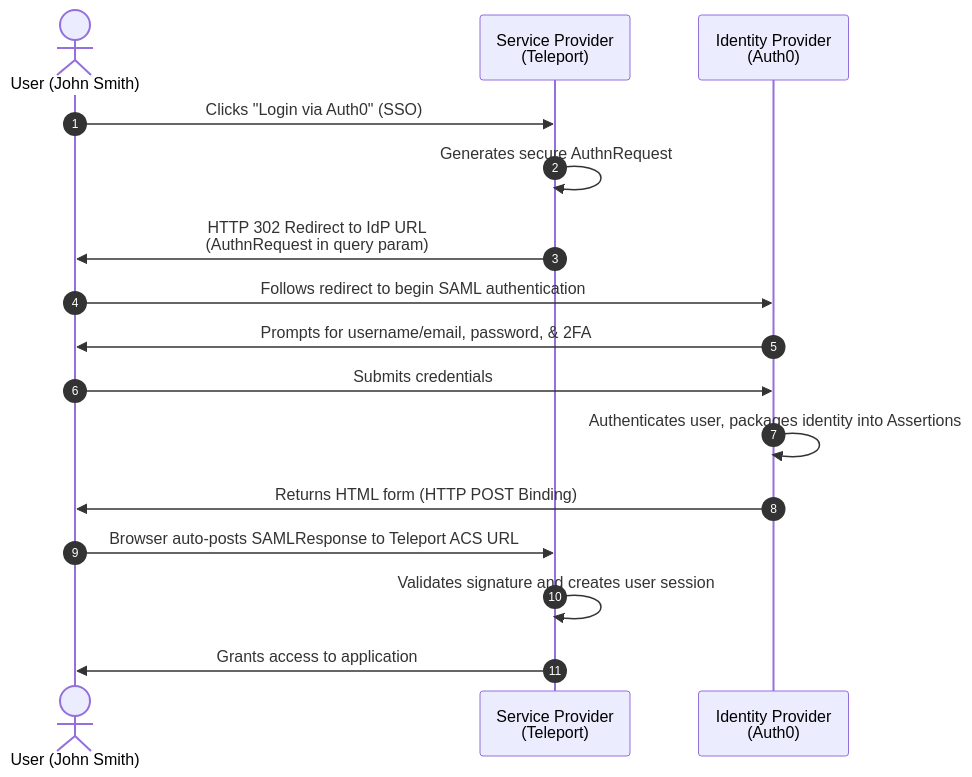
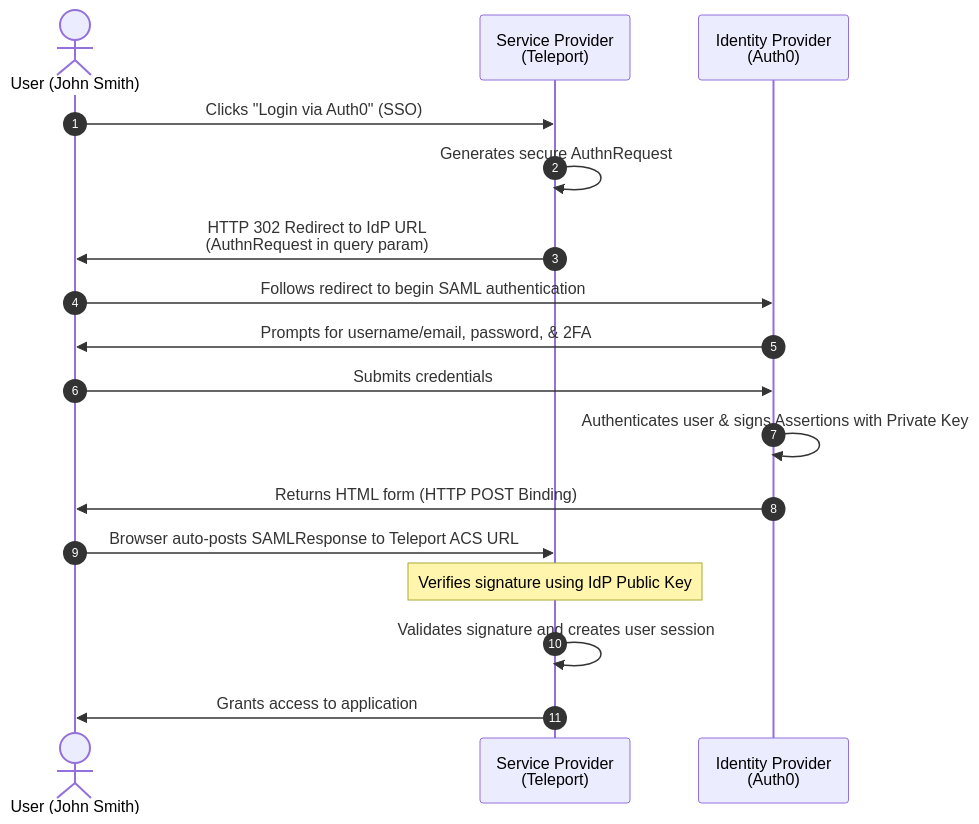
One commit to nirajp82/IdentityAccessManagement_IAM changed the second of 2 diagrams in 02_AuthN_Federation/07_SAML_Auth.md. Above: the diagram before and after it, drawn with Mermaid. The commit also changed other lines of this file, not shown here.

````diff
--- a/02_AuthN_Federation/07_SAML_Auth.md
+++ b/02_AuthN_Federation/07_SAML_Auth.md
@@ -119,20 +119,21 @@
 ```mermaid
 sequenceDiagram
     autonumber
     actor Principal as User (John Smith)
     participant SP as Service Provider<br/>(Teleport)
     participant IdP as Identity Provider<br/>(Auth0)
 
     Principal->>SP: Clicks "Login via Auth0" (SSO)
     SP->>SP: Generates secure AuthnRequest
     SP->>Principal: HTTP 302 Redirect to IdP URL<br/>(AuthnRequest in query param)
     Principal->>IdP: Follows redirect to begin SAML authentication
     IdP->>Principal: Prompts for username/email, password, & 2FA
     Principal->>IdP: Submits credentials
-    IdP->>IdP: Authenticates user, packages identity into Assertions
+    IdP->>IdP: Authenticates user & signs Assertions with Private Key
     IdP->>Principal: Returns HTML form (HTTP POST Binding)
     Principal->>SP: Browser auto-posts SAMLResponse to Teleport ACS URL
+    Note over SP: Verifies signature using IdP Public Key
     SP->>SP: Validates signature and creates user session
     SP->>Principal: Grants access to application
 
 ```
````
